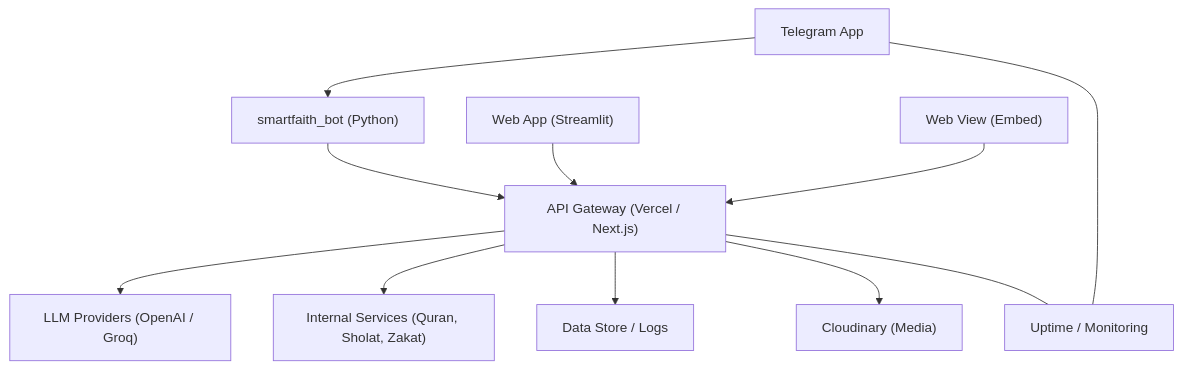
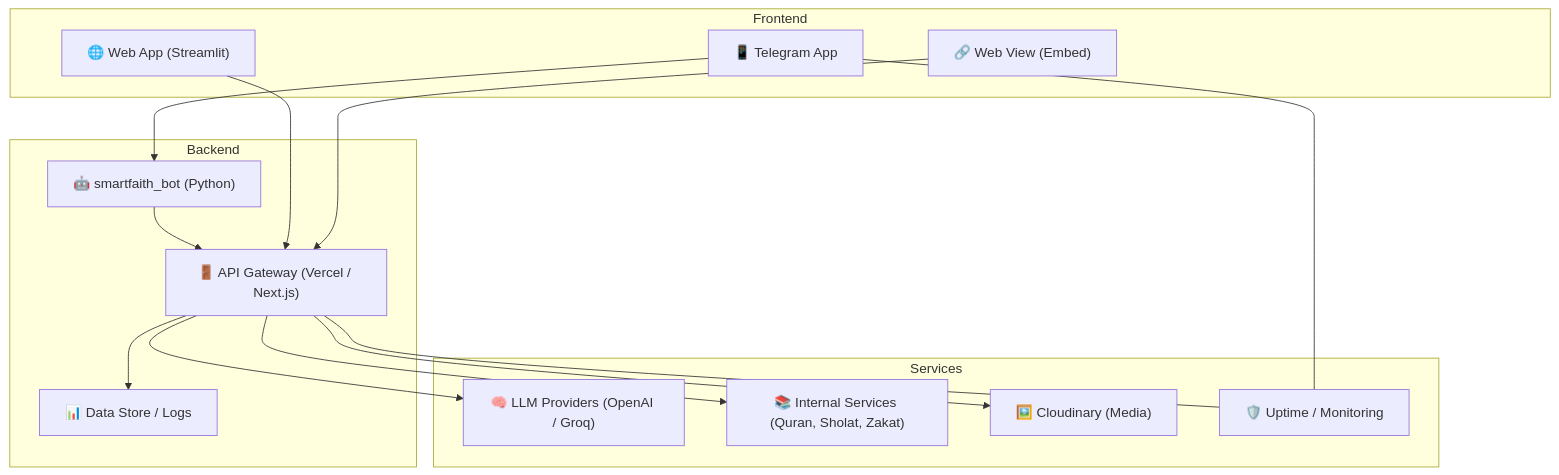
Before and after one commit to mrbrightsides/IslamiChat: the first of 5 diagrams in docs/ARCHITECTURE.md, drawn with Mermaid. The commit also changed other lines of this file, not shown here.

Commit message:
Enhance architecture documentation with diagrams

````diff
--- a/docs/ARCHITECTURE.md
+++ b/docs/ARCHITECTURE.md
@@ -10,15 +10,46 @@
 ```mermaid
+%% High-level Overview (Clickable)
 graph TD
-  TG["Telegram App"] --> BOT["smartfaith_bot (Python)"]
-  WEB["Web App (Streamlit)"] --> API
-  WV["Web View (Embed)"] --> API
+  %% === Frontend ===
+  subgraph Frontend
+    TG["📱 Telegram App"]
+    WEB["🌐 Web App (Streamlit)"]
+    WV["🔗 Web View (Embed)"]
+  end
 
-  BOT --> API["API Gateway (Vercel / Next.js)"]
-  API --> LLM["LLM Providers (OpenAI / Groq)"]
-  API --> SVC["Internal Services (Quran, Sholat, Zakat)"]
-  API --> DB["Data Store / Logs"]
-  API --> CDN["Cloudinary (Media)"]
+  %% === Backend ===
+  subgraph Backend
+    BOT["🤖 smartfaith_bot (Python)"]
+    API["🚪 API Gateway (Vercel / Next.js)"]
+    LOG["📊 Data Store / Logs"]
+  end
 
-  TG --- MON["Uptime / Monitoring"]
+  %% === Services ===
+  subgraph Services
+    LLM["🧠 LLM Providers (OpenAI / Groq)"]
+    SVC["📚 Internal Services (Quran, Sholat, Zakat)"]
+    CDN["🖼️ Cloudinary (Media)"]
+    MON["🛡️ Uptime / Monitoring"]
+  end
+
+  %% Flows
+  TG --> BOT
+  BOT --> API
+  WEB --> API
+  WV --> API
+  API --> LLM
+  API --> SVC
+  API --> LOG
+  API --> CDN
+  TG --- MON
   API --- MON
+
+%% === Clickable links (tanpa indent) ===
+click TG "https://t.me/smartfaith_bot" "Open Telegram bot" _blank
+click WEB "https://smartfaith.streamlit.app/" "Open Web App" _blank
+click WV "https://smartfaithbot.vercel.app/" "Open Web View" _blank
+click BOT "https://github.com/mrbrightsides/smartfaith-bot" "Open bot repo" _blank
+click API "https://github.com/mrbrightsides/IslamiChat" "Open web app repo" _blank
+click CDN "https://cloudinary.com/console" "Open Cloudinary" _blank
+click MON "https://uptimerobot.com" "Open monitoring" _blank
 ```
````
